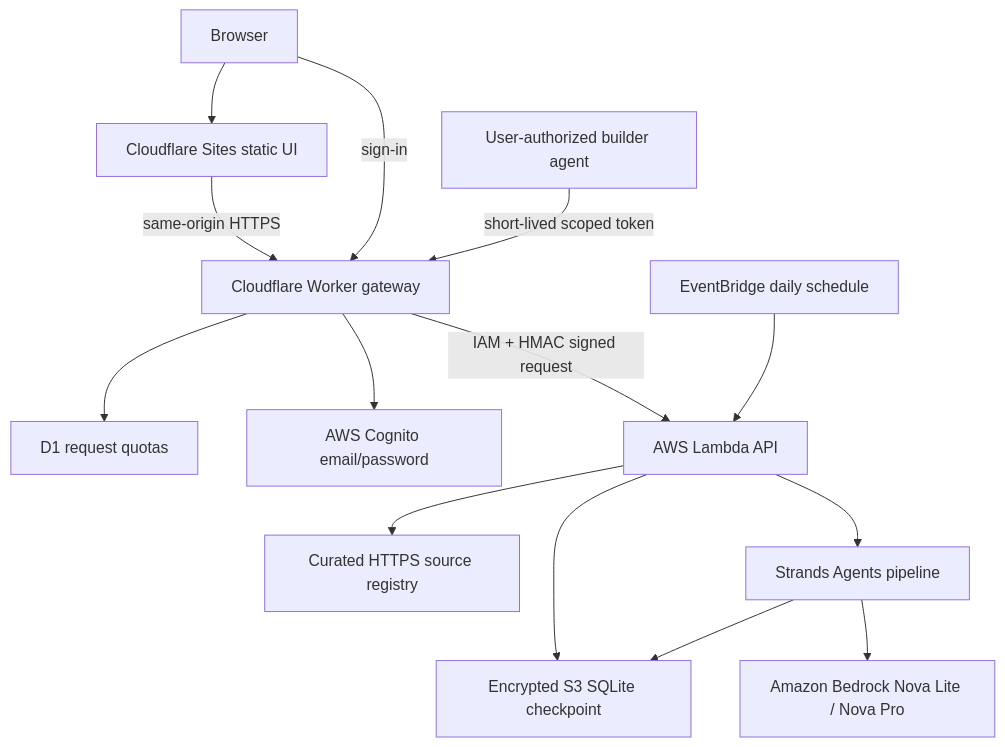
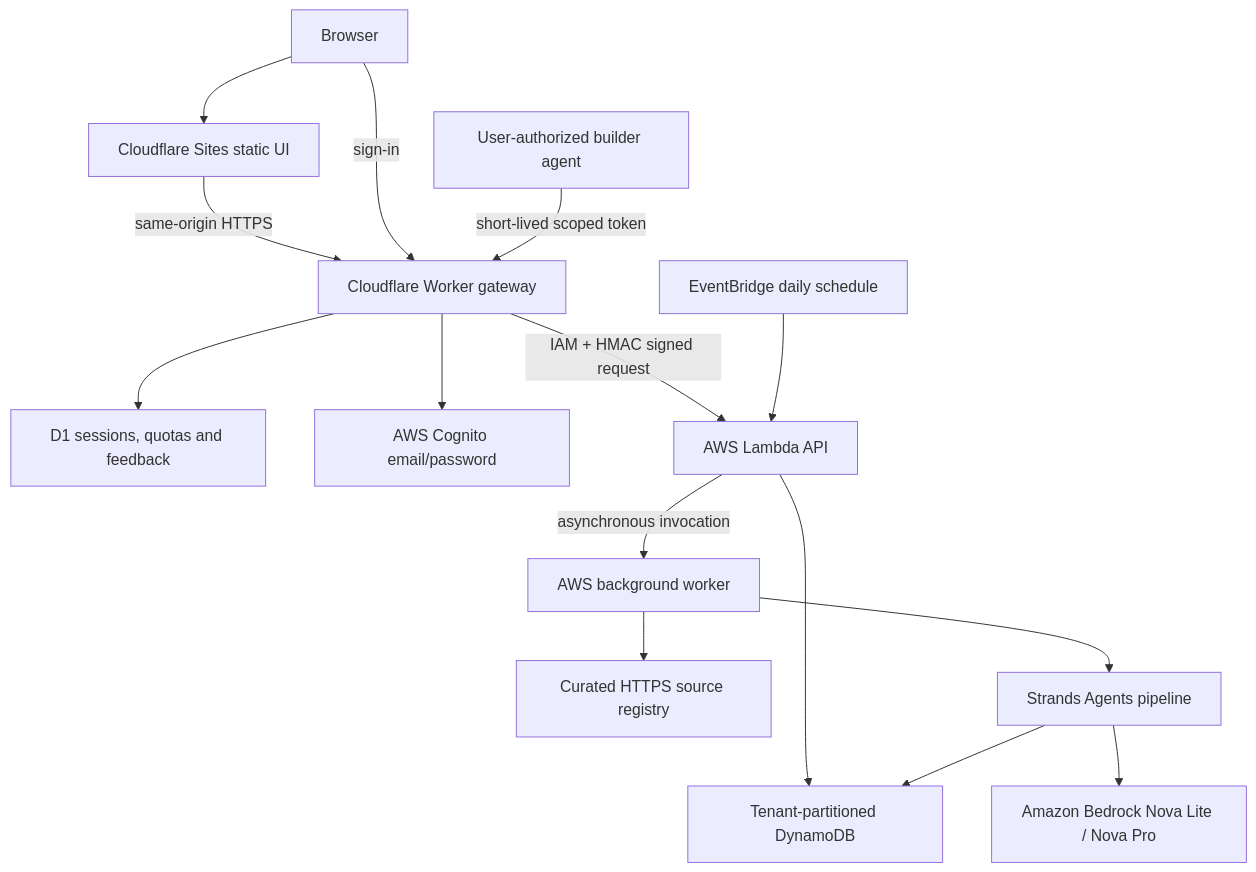
One commit to kelvin-ling/builtwatch changed the second of 2 diagrams in docs/COMPETITION_ARCHITECTURE.md. Above: the diagram before and after it, drawn with Mermaid. The commit also changed other lines of this file and 12 other files, not shown here.

````diff
--- a/docs/COMPETITION_ARCHITECTURE.md
+++ b/docs/COMPETITION_ARCHITECTURE.md
@@ -36,29 +36,30 @@
 ```mermaid
 flowchart TD
   Browser[Browser]
   Site[Cloudflare Sites static UI]
   Gateway[Cloudflare Worker gateway]
-  D1[D1 request quotas]
+  D1[D1 sessions, quotas and feedback]
   Cognito[AWS Cognito email/password]
   API[AWS Lambda API]
-  Store[Encrypted S3 SQLite checkpoint]
+  Store[Tenant-partitioned DynamoDB]
   Schedule[EventBridge daily schedule]
   Agent[User-authorized builder agent]
   Sources[Curated HTTPS source registry]
   Strands[Strands Agents pipeline]
   Bedrock[Amazon Bedrock Nova Lite / Nova Pro]
 
   Browser --> Site
   Site -->|same-origin HTTPS| Gateway
   Browser -->|sign-in| Gateway
   Gateway --> D1
   Gateway --> Cognito
   Gateway -->|IAM + HMAC signed request| API
   Schedule --> API
   Agent -->|short-lived scoped token| Gateway
   API --> Store
-  API --> Sources
-  API --> Strands
+  API -->|asynchronous invocation| Worker[AWS background worker]
+  Worker --> Sources
+  Worker --> Strands
   Strands --> Bedrock
   Strands --> Store
 ```
````
